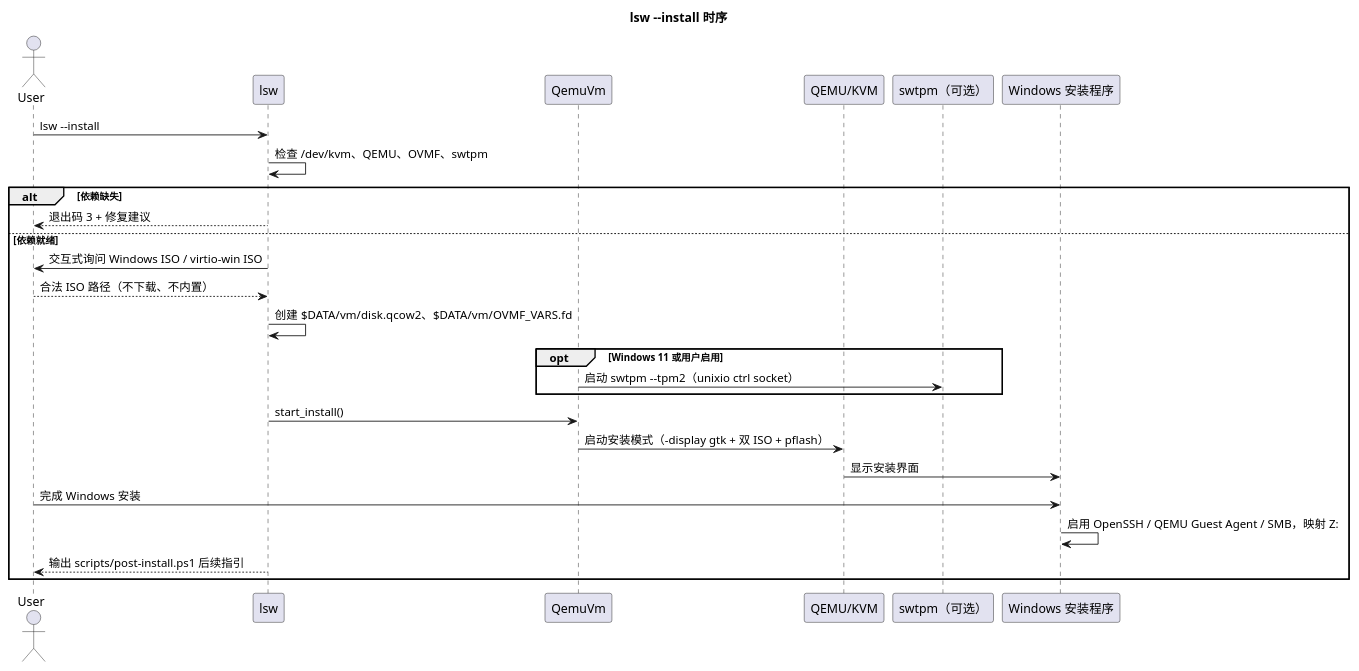
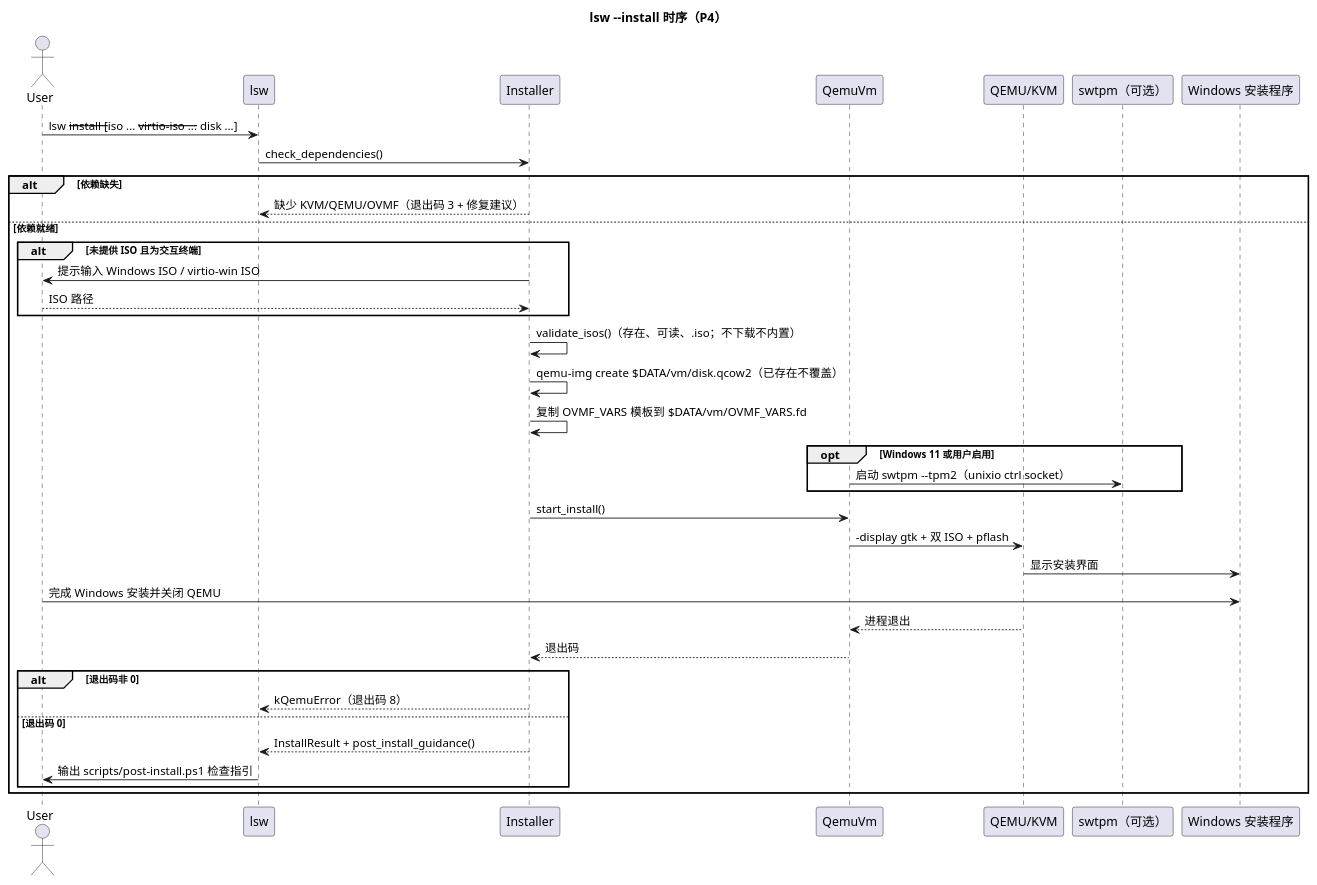
The diagram in docs/diagrams/sequence-install.puml (yunzheyue-star/lsw), drawn with PlantUML before and after one commit. The commit also changed 55 other files, not shown here.

```diff
--- a/docs/diagrams/sequence-install.puml
+++ b/docs/diagrams/sequence-install.puml
@@ -1,28 +1,39 @@
 @startuml
-title lsw --install 时序
+title lsw --install 时序（P4）
 actor User
 participant "lsw" as CLI
+participant "Installer" as INST
 participant "QemuVm" as VM
 participant "QEMU/KVM" as QEMU
 participant "swtpm（可选）" as SWTPM
 participant "Windows 安装程序" as Win
 
-User -> CLI : lsw --install
-CLI -> CLI : 检查 /dev/kvm、QEMU、OVMF、swtpm
+User -> CLI : lsw --install [--iso ... --virtio-iso ... --disk ...]
+CLI -> INST : check_dependencies()
 alt 依赖缺失
-  CLI --> User : 退出码 3 + 修复建议
+  INST --> CLI : 缺少 KVM/QEMU/OVMF（退出码 3 + 修复建议）
 else 依赖就绪
-  CLI -> User : 交互式询问 Windows ISO / virtio-win ISO
-  User --> CLI : 合法 ISO 路径（不下载、不内置）
-  CLI -> CLI : 创建 $DATA/vm/disk.qcow2、$DATA/vm/OVMF_VARS.fd
+  alt 未提供 ISO 且为交互终端
+    INST -> User : 提示输入 Windows ISO / virtio-win ISO
+    User --> INST : ISO 路径
+  end
+  INST -> INST : validate_isos()（存在、可读、.iso；不下载不内置）
+  INST -> INST : qemu-img create $DATA/vm/disk.qcow2（已存在不覆盖）
+  INST -> INST : 复制 OVMF_VARS 模板到 $DATA/vm/OVMF_VARS.fd
   opt Windows 11 或用户启用
     VM -> SWTPM : 启动 swtpm --tpm2（unixio ctrl socket）
   end
-  CLI -> VM : start_install()
-  VM -> QEMU : 启动安装模式（-display gtk + 双 ISO + pflash）
+  INST -> VM : start_install()
+  VM -> QEMU : -display gtk + 双 ISO + pflash
   QEMU -> Win : 显示安装界面
-  User -> Win : 完成 Windows 安装
-  Win -> Win : 启用 OpenSSH / QEMU Guest Agent / SMB，映射 Z:
-  CLI --> User : 输出 scripts/post-install.ps1 后续指引
+  User -> Win : 完成 Windows 安装并关闭 QEMU
+  QEMU --> VM : 进程退出
+  VM --> INST : 退出码
+  alt 退出码非 0
+    INST --> CLI : kQemuError（退出码 8）
+  else 退出码 0
+    INST --> CLI : InstallResult + post_install_guidance()
+    CLI -> User : 输出 scripts/post-install.ps1 检查指引
+  end
 end
 @enduml
```
